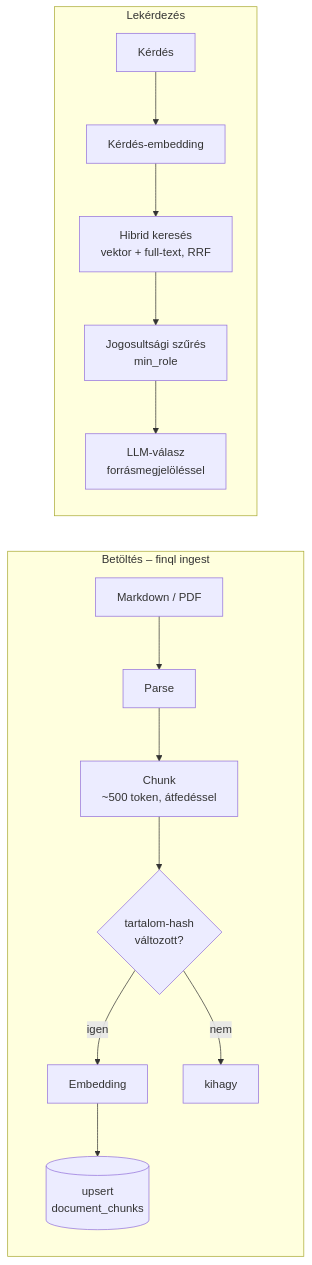
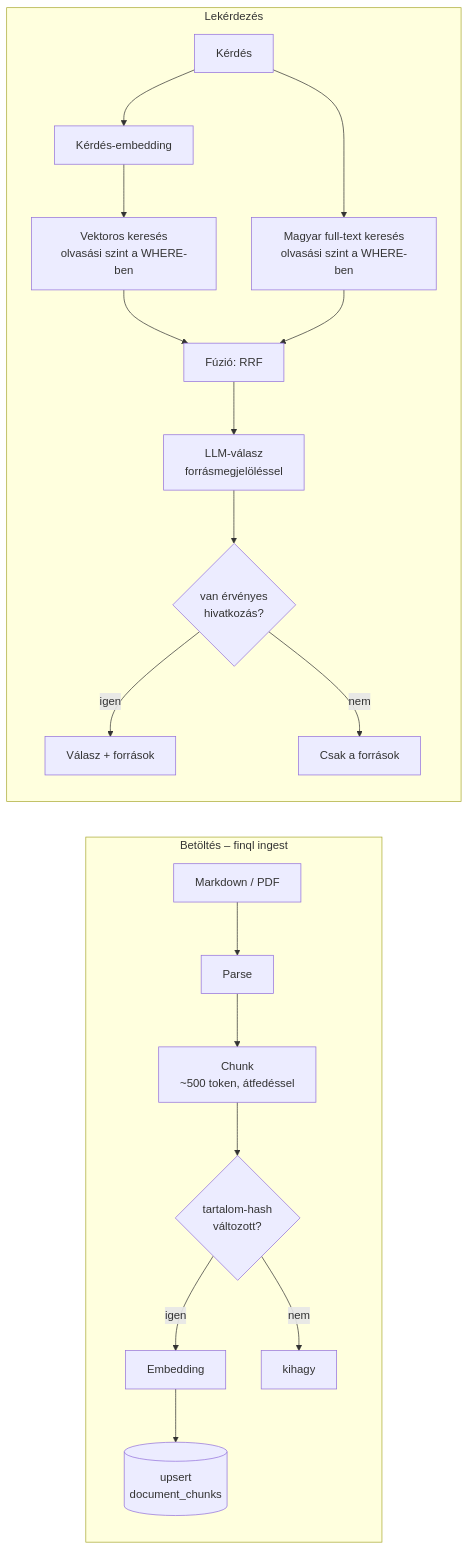
The third of 3 diagrams in docs/03-architektura.md (Djury91/finql), drawn with Mermaid before and after one commit. The commit also changed other lines of this file and 57 other files, not shown here.

````diff
--- a/docs/03-architektura.md
+++ b/docs/03-architektura.md
@@ -100,15 +100,20 @@
 ```mermaid
 flowchart LR
     subgraph Betöltés [Betöltés – finql ingest]
         F[Markdown / PDF] --> P[Parse] --> C[Chunk<br/>~500 token, átfedéssel]
         C --> H{tartalom-hash<br/>változott?}
         H -->|igen| E[Embedding] --> UP[(upsert<br/>document_chunks)]
         H -->|nem| SKIP[kihagy]
     end
     subgraph Lekérdezés
         Q[Kérdés] --> QE[Kérdés-embedding]
-        QE --> HY[Hibrid keresés<br/>vektor + full-text, RRF]
-        HY --> ACL[Jogosultsági szűrés<br/>min_role]
-        ACL --> GEN[LLM-válasz<br/>forrásmegjelöléssel]
+        QE --> VEC[Vektoros keresés<br/>olvasási szint a WHERE-ben]
+        Q --> FTS[Magyar full-text keresés<br/>olvasási szint a WHERE-ben]
+        VEC --> RRF[Fúzió: RRF]
+        FTS --> RRF
+        RRF --> GEN[LLM-válasz<br/>forrásmegjelöléssel]
+        GEN --> CHK{van érvényes<br/>hivatkozás?}
+        CHK -->|igen| ANS[Válasz + források]
+        CHK -->|nem| SRC[Csak a források]
     end
 ```
````
